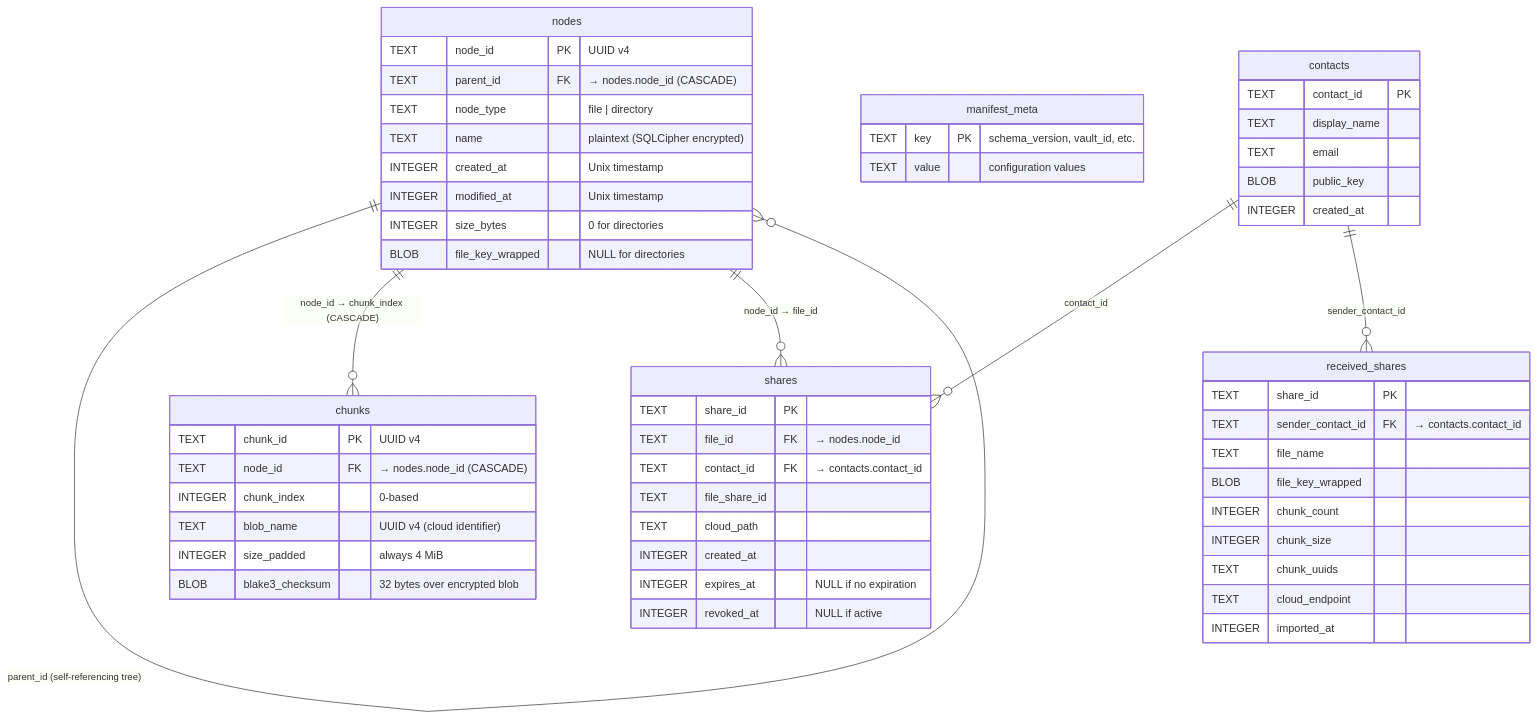
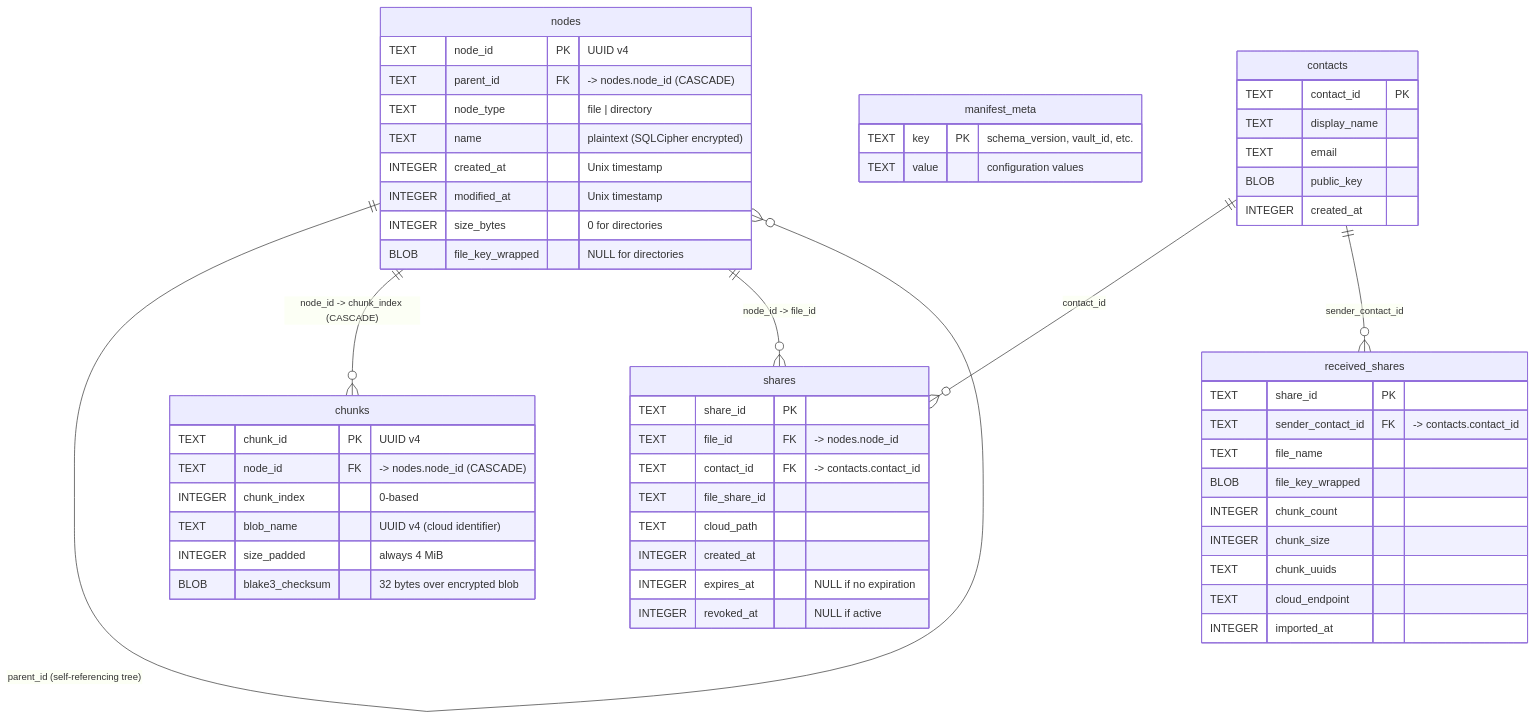
Before and after one commit to salgaard/arx-runa: the diagram in docs/architecture/designs/chunking-and-manifest/diagrams/manifest-schema.md, drawn with Mermaid. The commit also changed 7 other files, not shown here.

Commit message:
diagram and consistency

````diff
--- a/docs/architecture/designs/chunking-and-manifest/diagrams/manifest-schema.md
+++ b/docs/architecture/designs/chunking-and-manifest/diagrams/manifest-schema.md
@@ -6,64 +6,64 @@
 ```mermaid
 erDiagram
     nodes {
         TEXT node_id PK "UUID v4"
-        TEXT parent_id FK "→ nodes.node_id (CASCADE)"
+        TEXT parent_id FK "-&gt; nodes.node_id (CASCADE)"
         TEXT node_type "file | directory"
         TEXT name "plaintext (SQLCipher encrypted)"
         INTEGER created_at "Unix timestamp"
         INTEGER modified_at "Unix timestamp"
         INTEGER size_bytes "0 for directories"
         BLOB file_key_wrapped "NULL for directories"
     }
 
     chunks {
         TEXT chunk_id PK "UUID v4"
-        TEXT node_id FK "→ nodes.node_id (CASCADE)"
+        TEXT node_id FK "-&gt; nodes.node_id (CASCADE)"
         INTEGER chunk_index "0-based"
         TEXT blob_name "UUID v4 (cloud identifier)"
         INTEGER size_padded "always 4 MiB"
         BLOB blake3_checksum "32 bytes over encrypted blob"
     }
 
     manifest_meta {
         TEXT key PK "schema_version, vault_id, etc."
         TEXT value "configuration values"
     }
 
     contacts {
         TEXT contact_id PK
         TEXT display_name
         TEXT email
         BLOB public_key
         INTEGER created_at
     }
 
     shares {
         TEXT share_id PK
-        TEXT file_id FK "→ nodes.node_id"
-        TEXT contact_id FK "→ contacts.contact_id"
+        TEXT file_id FK "-&gt; nodes.node_id"
+        TEXT contact_id FK "-&gt; contacts.contact_id"
         TEXT file_share_id
         TEXT cloud_path
         INTEGER created_at
         INTEGER expires_at "NULL if no expiration"
         INTEGER revoked_at "NULL if active"
     }
 
     received_shares {
         TEXT share_id PK
-        TEXT sender_contact_id FK "→ contacts.contact_id"
+        TEXT sender_contact_id FK "-&gt; contacts.contact_id"
         TEXT file_name
         BLOB file_key_wrapped
         INTEGER chunk_count
         INTEGER chunk_size
         TEXT chunk_uuids
         TEXT cloud_endpoint
         INTEGER imported_at
     }
 
     nodes ||--o{ nodes : "parent_id (self-referencing tree)"
-    nodes ||--o{ chunks : "node_id → chunk_index (CASCADE)"
-    nodes ||--o{ shares : "node_id → file_id"
+    nodes ||--o{ chunks : "node_id -&gt; chunk_index (CASCADE)"
+    nodes ||--o{ shares : "node_id -&gt; file_id"
     contacts ||--o{ shares : "contact_id"
     contacts ||--o{ received_shares : "sender_contact_id"
 ```
````
